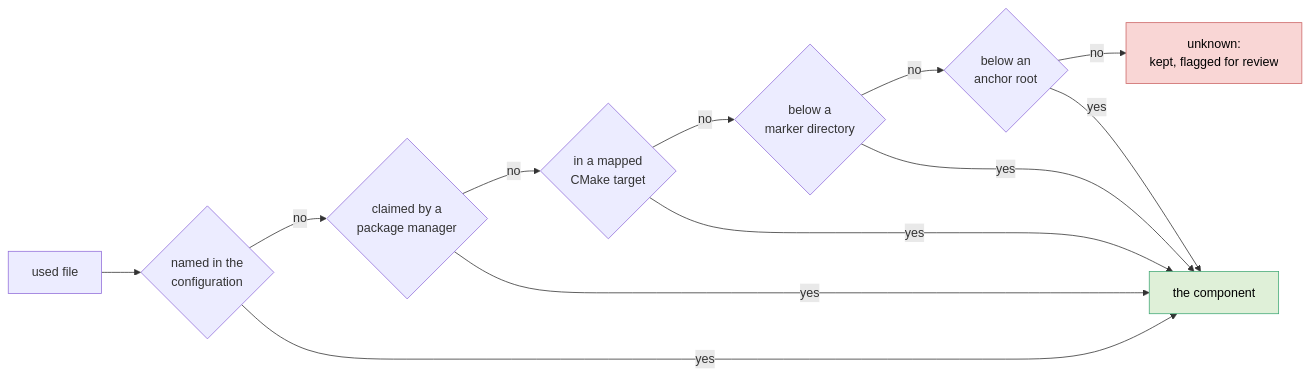
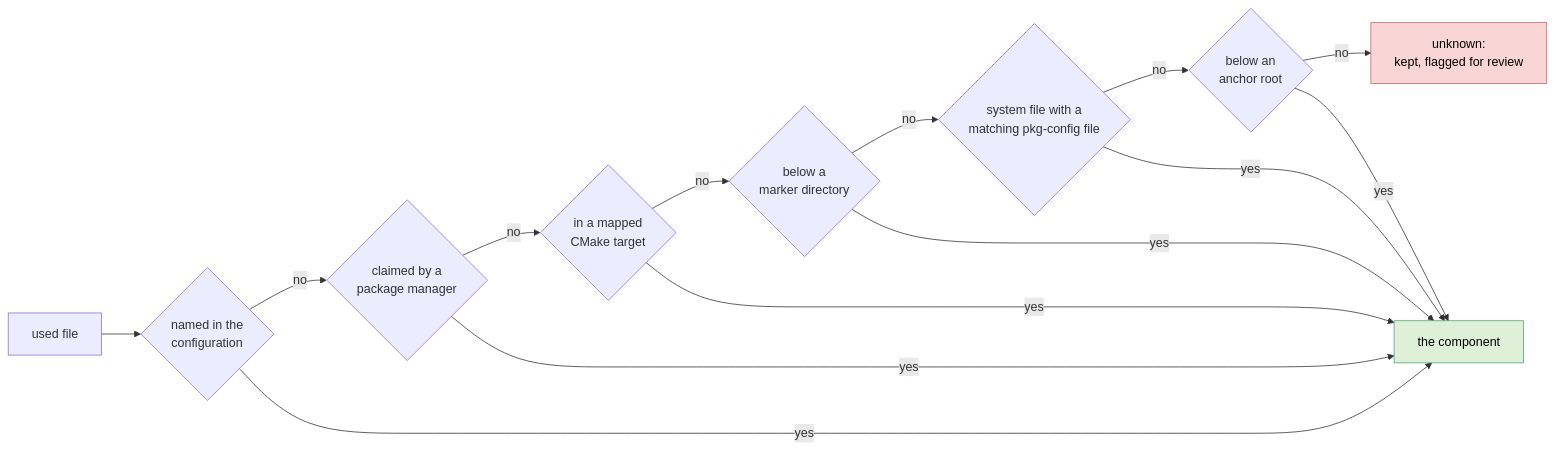
Before and after one commit to Andste82/sbomb: the sixth of 8 diagrams in docs/architecture.md, drawn with Mermaid. The commit also changed other lines of this file and 7 other files, not shown here.

````diff
--- a/docs/architecture.md
+++ b/docs/architecture.md
@@ -248,19 +316,21 @@
 ```mermaid
 flowchart LR
     F["used file"] --> S1
     S1{"named in the<br/>configuration"} -->|no| S2{"claimed by a<br/>package manager"}
     S2 -->|no| S3{"in a mapped<br/>CMake target"}
     S3 -->|no| S4{"below a<br/>marker directory"}
-    S4 -->|no| S5{"below an<br/>anchor root"}
+    S4 -->|no| S4P{"system file with a<br/>matching pkg-config file"}
+    S4P -->|no| S5{"below an<br/>anchor root"}
     S5 -->|no| U["unknown:<br/>kept, flagged for review"]
     S1 -->|yes| OK["the component"]
     S2 -->|yes| OK
     S3 -->|yes| OK
     S4 -->|yes| OK
+    S4P -->|yes| OK
     S5 -->|yes| OK
 
     classDef good fill:#dff0d8,stroke:#4a7,color:#000
     classDef bad fill:#f9d6d5,stroke:#c66,color:#000
     class OK good
     class U bad
 ```
````
